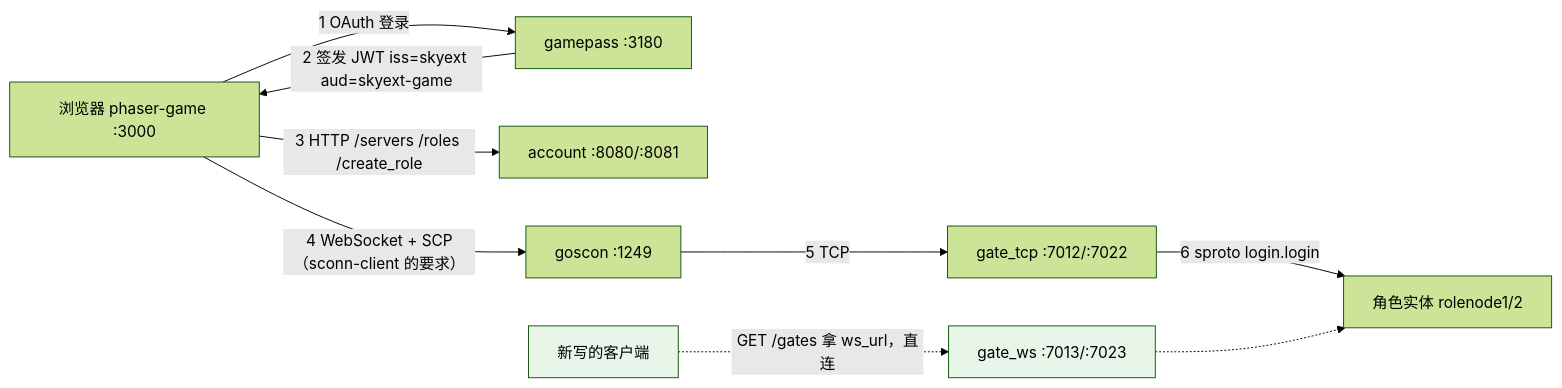
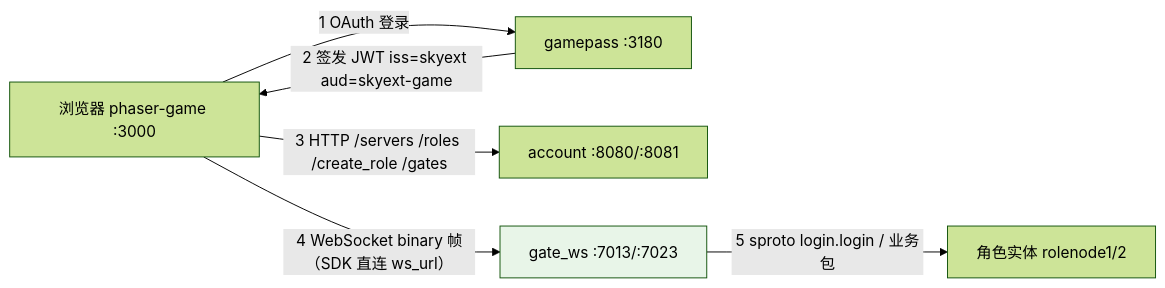
Before and after one commit to hanxi/skyext: the diagram in docs/guide/fullstack_client.md, drawn with Mermaid (forest theme). The commit also changed other lines of this file and 5 other files, not shown here.

First line of the commit message:
docs(sdk): 新增客户端 SDK 指南，联调文档改为 SDK 直连 gate_ws

````diff
--- a/docs/guide/fullstack_client.md
+++ b/docs/guide/fullstack_client.md
@@ -13,15 +12,10 @@
 ```mermaid
 graph LR
     B[浏览器 phaser-game :3000] -->|1 OAuth 登录| GP[gamepass :3180]
     GP -->|2 签发 JWT iss=skyext aud=skyext-game| B
-    B -->|3 HTTP /servers /roles /create_role| A[account :8080/:8081]
-    B -->|"4 WebSocket + SCP（sconn-client 的要求）"| G[goscon :1249]
-    G -->|5 TCP| Gate[gate_tcp :7012/:7022]
-    Gate -->|6 sproto login.login| Role[角色实体 rolenode1/2]
+    B -->|3 HTTP /servers /roles /create_role /gates| A[account :8080/:8081]
+    B -->|4 WebSocket binary 帧（SDK 直连 ws_url）| GW[gate_ws :7013/:7023]
+    GW -->|5 sproto login.login / 业务包| Role[角色实体 rolenode1/2]
 
-    B2[新写的客户端] -.->|"GET /gates 拿 ws_url，直连"| GW[gate_ws :7013/:7023]
-    GW -.-> Role
-
-    style B2 fill:#e8f5e8
     style GW fill:#e8f5e8
 ```
````
